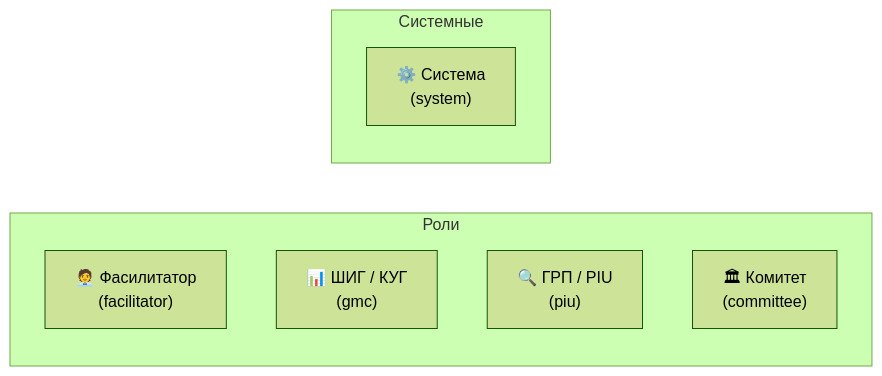
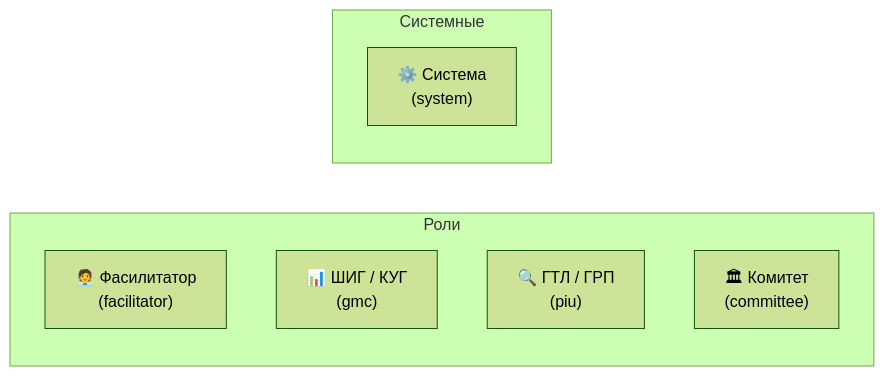
Before and after one commit to firka-kh/eip-test: the first of 5 diagrams in docs/ACCESS-CONTROL.md, drawn with Mermaid (forest theme). The commit also changed other lines of this file and 11 other files, not shown here.

````diff
--- a/docs/ACCESS-CONTROL.md
+++ b/docs/ACCESS-CONTROL.md
@@ -5,13 +5,13 @@
 ```mermaid
 graph LR
     subgraph "Роли"
         F["🧑‍💼 Фасилитатор<br/>(facilitator)"]
         G["📊 ШИГ / КУГ<br/>(gmc)"]
-        P["🔍 ГРП / PIU<br/>(piu)"]
+        P["🔍 ГТЛ / ГРП<br/>(piu)"]
         C["🏛 Комитет<br/>(committee)"]
     end
 
     subgraph "Системные"
         S["⚙️ Система<br/>(system)"]
     end
 ```
````
